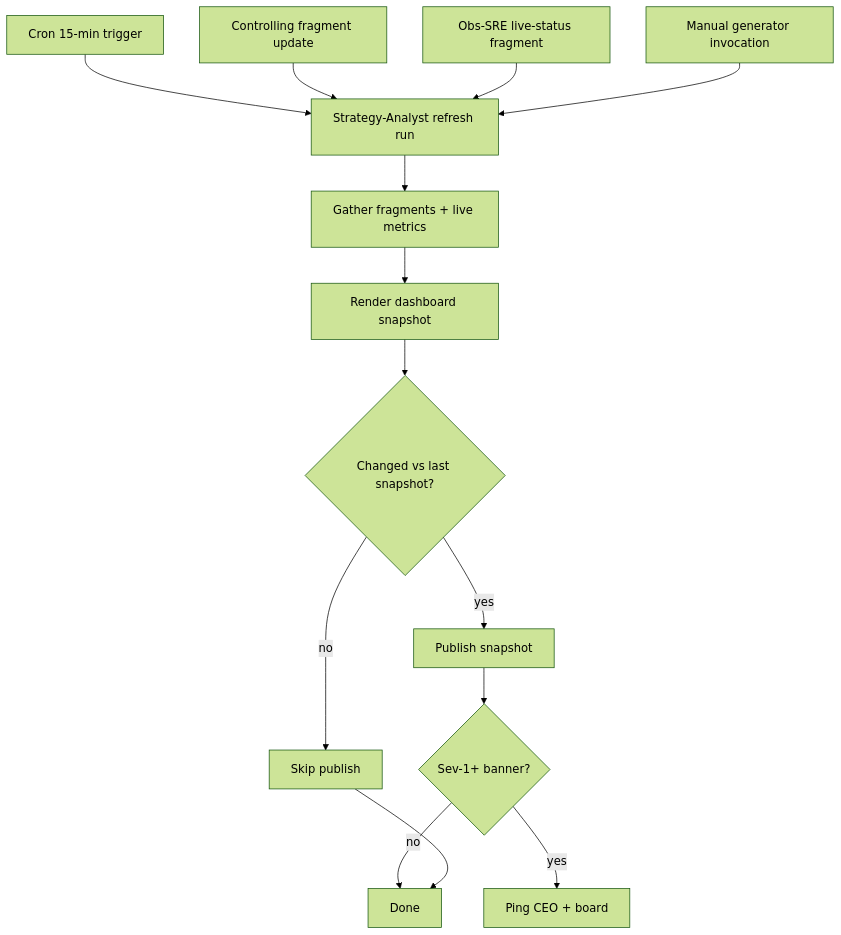
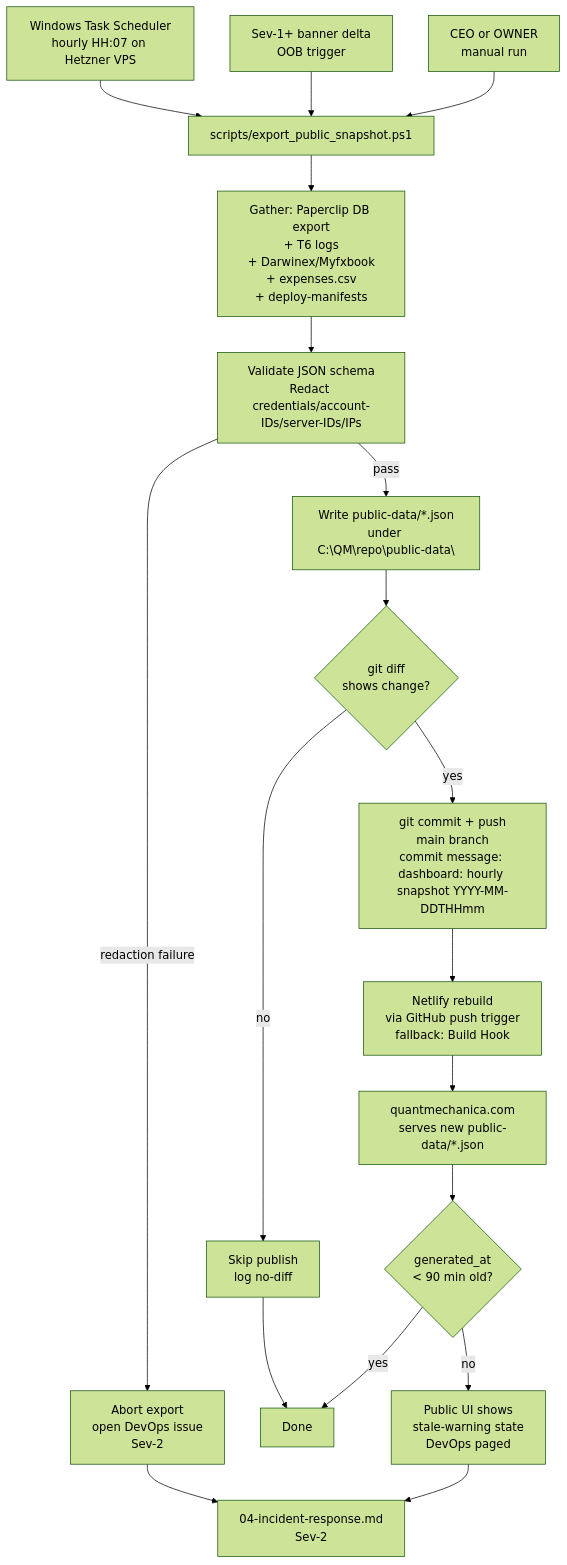
Before and after one commit to QuantMechanica/VPS-PortfolioBuild: the diagram in processes/05-dashboard-refresh.md, drawn with Mermaid (forest theme). The commit also changed other lines of this file and 1 other file, not shown here.

````diff
--- a/processes/05-dashboard-refresh.md
+++ b/processes/05-dashboard-refresh.md
@@ -41,16 +49,21 @@
 ```mermaid
 flowchart TD
-    CRON[Cron 15-min trigger] --> SA[Strategy-Analyst refresh run]
-    CTRL[Controlling fragment update] --> SA
-    OBS[Obs-SRE live-status fragment] --> SA
-    MAN[Manual generator invocation] --> SA
-    SA --> GATHER[Gather fragments + live metrics]
-    GATHER --> RENDER[Render dashboard snapshot]
-    RENDER --> DIFF{Changed vs last snapshot?}
-    DIFF -- no --> SKIP[Skip publish]
-    DIFF -- yes --> PUB[Publish snapshot]
-    PUB --> NOTIFY{Sev-1+ banner?}
-    NOTIFY -- yes --> ALERT[Ping CEO + board]
-    NOTIFY -- no --> DONE[Done]
+    CRON[Windows Task Scheduler<br/>hourly HH:07 on Hetzner VPS] --> EXP[scripts/export_public_snapshot.ps1]
+    SEV1[Sev-1+ banner delta<br/>OOB trigger] --> EXP
+    MAN[CEO or OWNER<br/>manual run] --> EXP
+    EXP --> GATHER[Gather: Paperclip DB export<br/>+ T6 logs<br/>+ Darwinex/Myfxbook<br/>+ expenses.csv<br/>+ deploy-manifests]
+    GATHER --> VAL[Validate JSON schema<br/>Redact credentials/account-IDs/server-IDs/IPs]
+    VAL -- redaction failure --> ABORT[Abort export<br/>open DevOps issue<br/>Sev-2]
+    VAL -- pass --> WRITE[Write public-data/*.json<br/>under C:\QM\repo\public-data\]
+    WRITE --> DIFF{git diff<br/>shows change?}
+    DIFF -- no --> SKIP[Skip publish<br/>log no-diff]
+    DIFF -- yes --> COMMIT[git commit + push<br/>main branch<br/>commit message: dashboard: hourly snapshot YYYY-MM-DDTHHmm]
+    COMMIT --> NETLIFY[Netlify rebuild<br/>via GitHub push trigger<br/>fallback: Build Hook]
+    NETLIFY --> DEPLOY[quantmechanica.com<br/>serves new public-data/*.json]
+    DEPLOY --> STALE{generated_at<br/>< 90 min old?}
+    STALE -- yes --> DONE[Done]
+    STALE -- no --> WARN[Public UI shows<br/>stale-warning state<br/>DevOps paged]
     SKIP --> DONE
+    ABORT --> IR[04-incident-response.md<br/>Sev-2]
+    WARN --> IR
 ```
````
